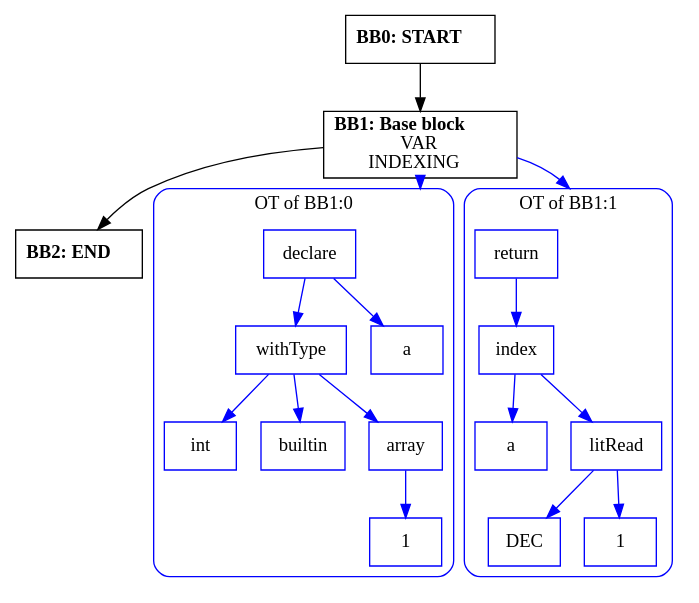
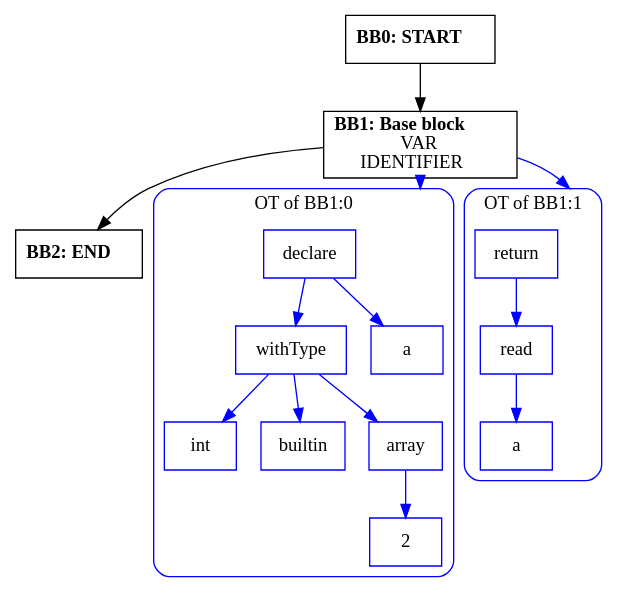
One commit to zavar152-cv/myLang-oop-compiler changed the diagram in outputs/cfg/typingInput.test3.dot. Above: the diagram before and after it, drawn with Graphviz. The commit also changed 6 other files, not shown here.

```diff
--- a/outputs/cfg/typingInput.test3.dot
+++ b/outputs/cfg/typingInput.test3.dot
@@ -1,50 +1,44 @@
 digraph CFG {
     compound=true;
     graph [splines=true];
     node [shape=rectangle];
 
     BB2 [label=<<B>BB2: END</B><BR ALIGN="CENTER"/>>];
-    BB1 [label=<<B>BB1: Base block</B><BR ALIGN="CENTER"/>VAR<BR ALIGN="CENTER"/>INDEXING<BR ALIGN="CENTER"/>>];
+    BB1 [label=<<B>BB1: Base block</B><BR ALIGN="CENTER"/>VAR<BR ALIGN="CENTER"/>IDENTIFIER<BR ALIGN="CENTER"/>>];
     subgraph cluster_instruction0 {
         label = "OT of BB1:0";
         style=rounded;
         color=blue;
         entry0 [shape=point, style=invis];
         node0 [label="declare", color=blue];
         node1 [label="withType", color=blue];
         node2 [label="int", color=blue];
         node1 -> node2[color=blue];
         node3 [label="builtin", color=blue];
         node1 -> node3[color=blue];
         node4 [label="array", color=blue];
-        node5 [label="1", color=blue];
+        node5 [label="2", color=blue];
         node4 -> node5[color=blue];
         node1 -> node4[color=blue];
         node0 -> node1[color=blue];
         node6 [label="a", color=blue];
         node0 -> node6[color=blue];
     }
     BB1 -> entry0 [lhead=cluster_instruction0, color=blue];
     subgraph cluster_instruction1 {
         label = "OT of BB1:1";
         style=rounded;
         color=blue;
         entry1 [shape=point, style=invis];
         node7 [label="return", color=blue];
-        node8 [label="index", color=blue];
+        node8 [label="read", color=blue];
         node9 [label="a", color=blue];
         node8 -> node9[color=blue];
-        node10 [label="litRead", color=blue];
-        node11 [label="DEC", color=blue];
-        node10 -> node11[color=blue];
-        node12 [label="1", color=blue];
-        node10 -> node12[color=blue];
-        node8 -> node10[color=blue];
         node7 -> node8[color=blue];
     }
     BB1 -> entry1 [lhead=cluster_instruction1, color=blue];
     BB0 [label=<<B>BB0: START</B><BR ALIGN="CENTER"/>>];
 
     BB1 -> BB2;
     BB0 -> BB1;
 }
```
